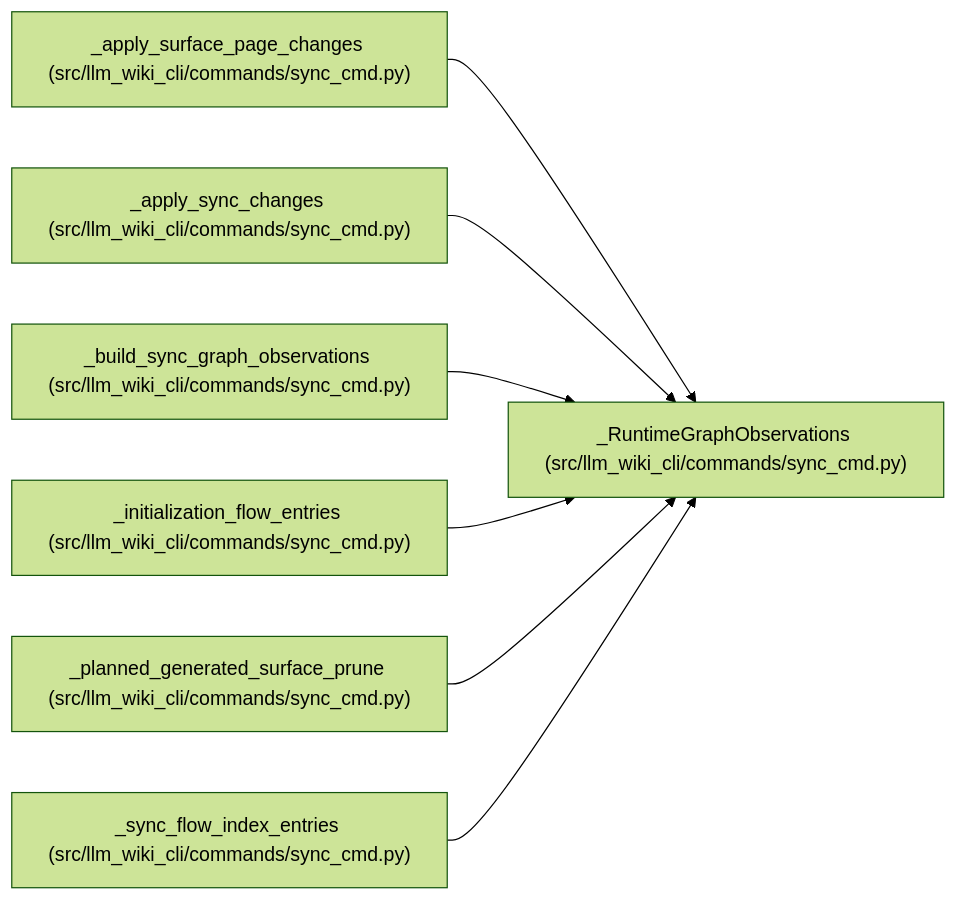
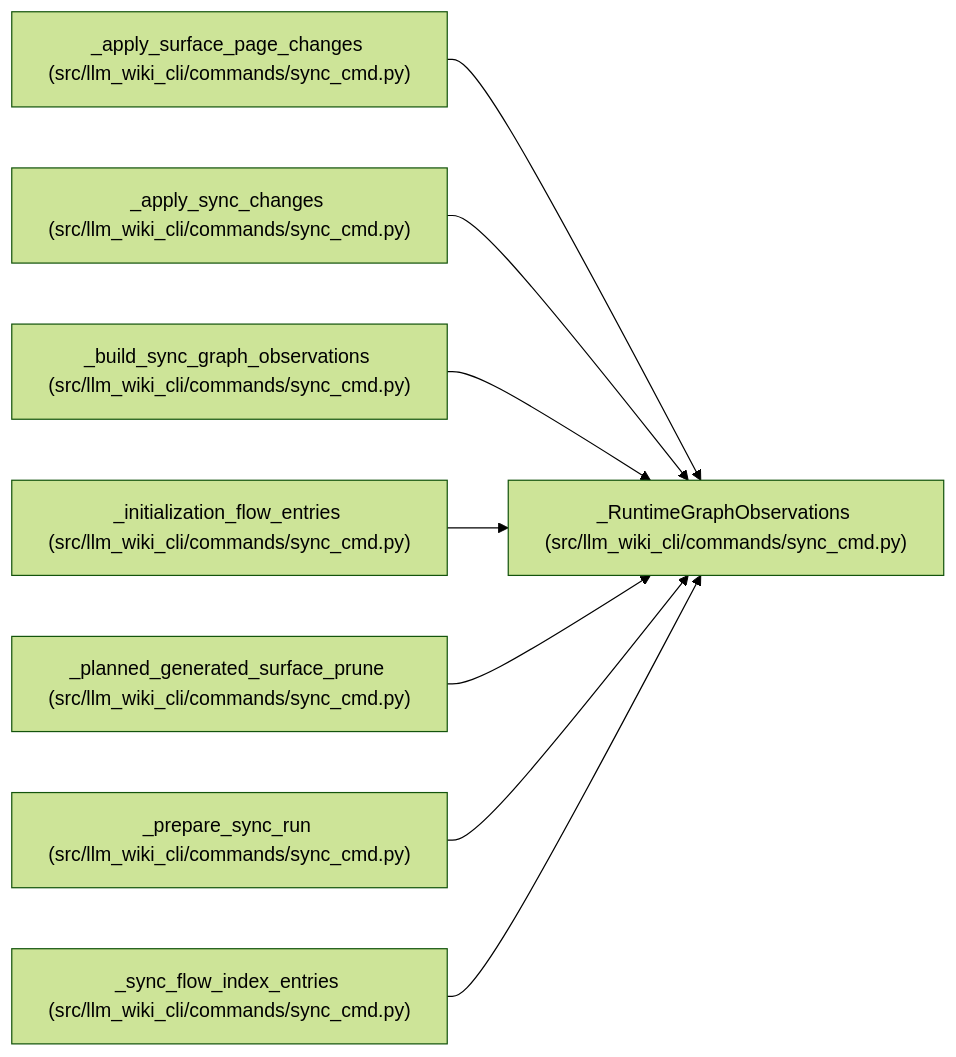
Before and after one commit to Denissvgn/python-wiki-llm: the diagram in docs/llm_wiki/entities/RuntimeGraphObservations.md, drawn with Mermaid (forest theme). The commit also changed other lines of this file and 462 other files, not shown here.

````diff
--- a/docs/llm_wiki/entities/RuntimeGraphObservations.md
+++ b/docs/llm_wiki/entities/RuntimeGraphObservations.md
@@ -38,23 +38,26 @@
 ```mermaid
 flowchart LR
     n0["_RuntimeGraphObservations (src/llm_wiki_cli/commands/sync_cmd.py)"]
     n1["_apply_surface_page_changes (src/llm_wiki_cli/commands/sync_cmd.py)"]
     n2["_apply_sync_changes (src/llm_wiki_cli/commands/sync_cmd.py)"]
     n3["_build_sync_graph_observations (src/llm_wiki_cli/commands/sync_cmd.py)"]
     n4["_initialization_flow_entries (src/llm_wiki_cli/commands/sync_cmd.py)"]
     n5["_planned_generated_surface_prune (src/llm_wiki_cli/commands/sync_cmd.py)"]
-    n6["_sync_flow_index_entries (src/llm_wiki_cli/commands/sync_cmd.py)"]
+    n6["_prepare_sync_run (src/llm_wiki_cli/commands/sync_cmd.py)"]
+    n7["_sync_flow_index_entries (src/llm_wiki_cli/commands/sync_cmd.py)"]
     n1 --> n0
     n2 --> n0
     n3 --> n0
     n4 --> n0
     n5 --> n0
     n6 --> n0
+    n7 --> n0
     click n0 "../modules/sync_cmd.md"
     click n1 "../modules/sync_cmd.md"
     click n2 "../modules/sync_cmd.md"
     click n3 "../modules/sync_cmd.md"
     click n4 "../modules/sync_cmd.md"
     click n5 "../modules/sync_cmd.md"
     click n6 "../modules/sync_cmd.md"
+    click n7 "../modules/sync_cmd.md"
 ```
````
